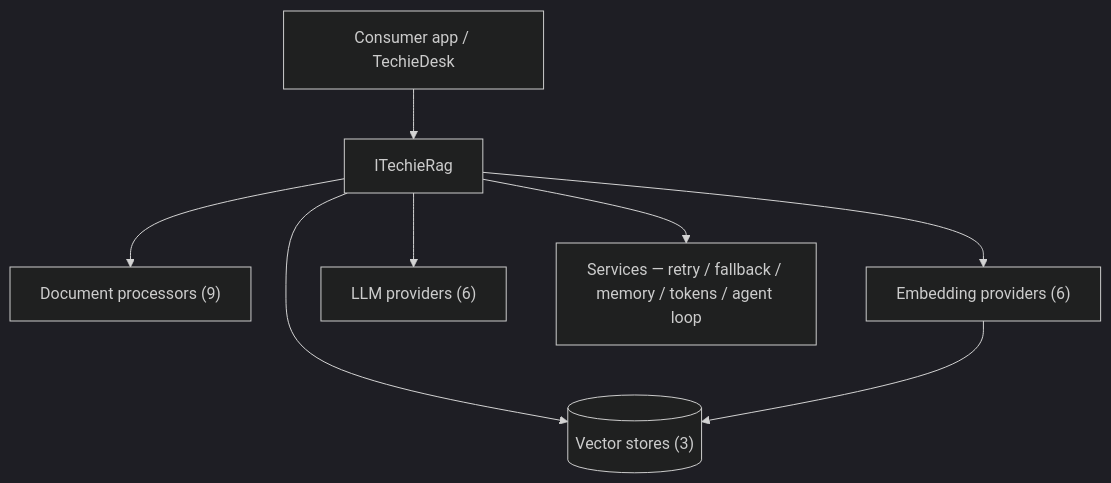
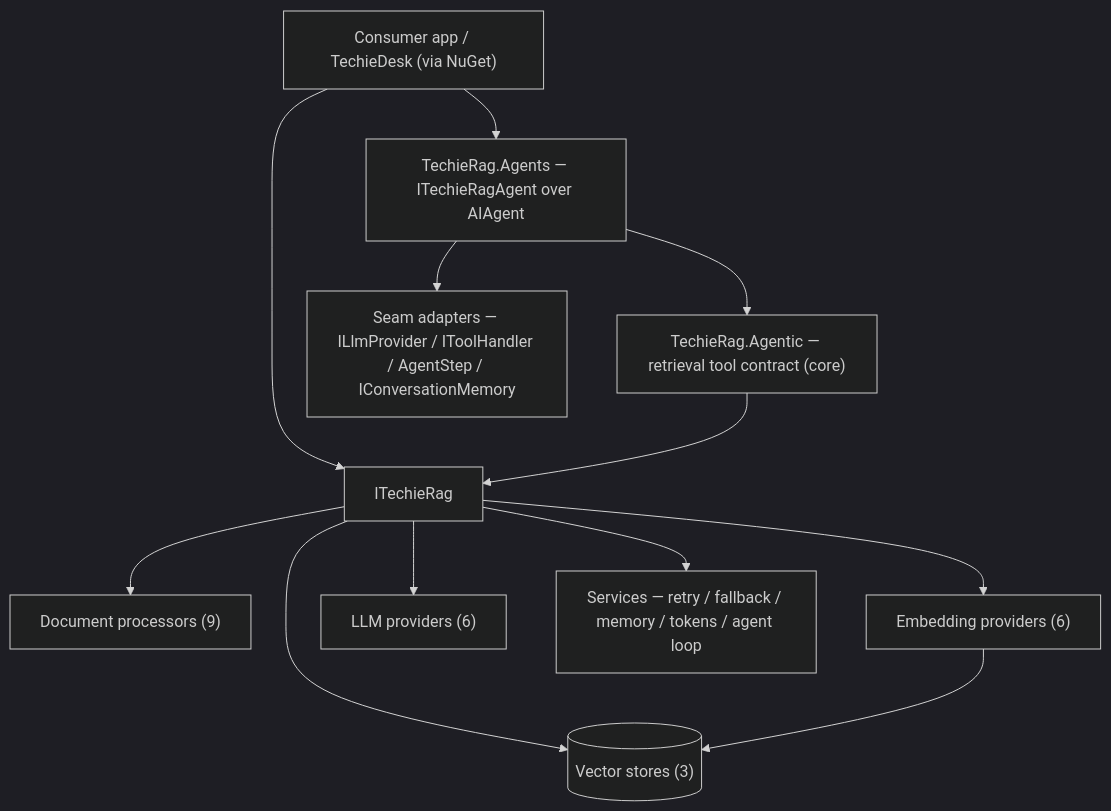
The third of 11 diagrams in docs/TechieRag-BRD.md (techierathore/TechieRag), drawn with Mermaid (dark theme) before and after one commit. The commit also changed other lines of this file and 15 other files, not shown here.

````diff
--- a/docs/TechieRag-BRD.md
+++ b/docs/TechieRag-BRD.md
@@ -157,10 +172,14 @@
 ```mermaid
 flowchart TB
-  App["Consumer app / TechieDesk"] --> ITR["ITechieRag"]
+  App["Consumer app / TechieDesk (via NuGet)"] --> ITR["ITechieRag"]
+  App --> Agent["TechieRag.Agents — ITechieRagAgent over AIAgent"]
+  Agent --> Contract["TechieRag.Agentic — retrieval tool contract (core)"]
+  Contract --> ITR
+  Agent --> Adapt["Seam adapters — ILlmProvider / IToolHandler / AgentStep / IConversationMemory"]
   ITR --> Proc["Document processors (9)"]
   ITR --> Emb["Embedding providers (6)"]
   ITR --> Vec[("Vector stores (3)")]
   ITR --> Llm["LLM providers (6)"]
   ITR --> Svc["Services — retry / fallback / memory / tokens / agent loop"]
   Emb --> Vec
 ```
````
